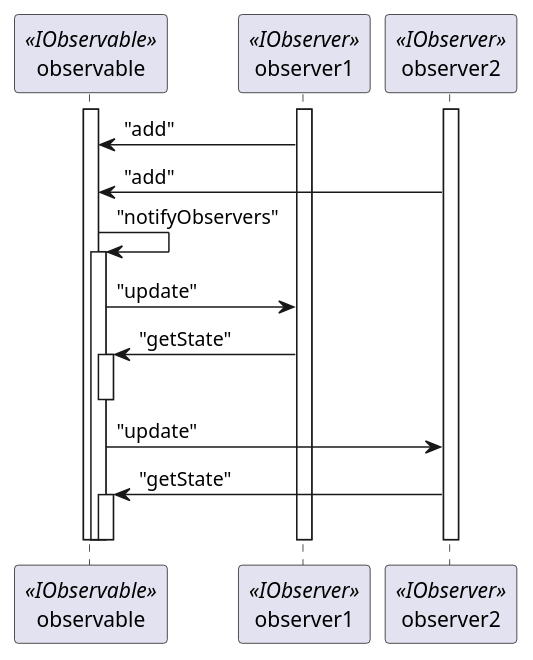
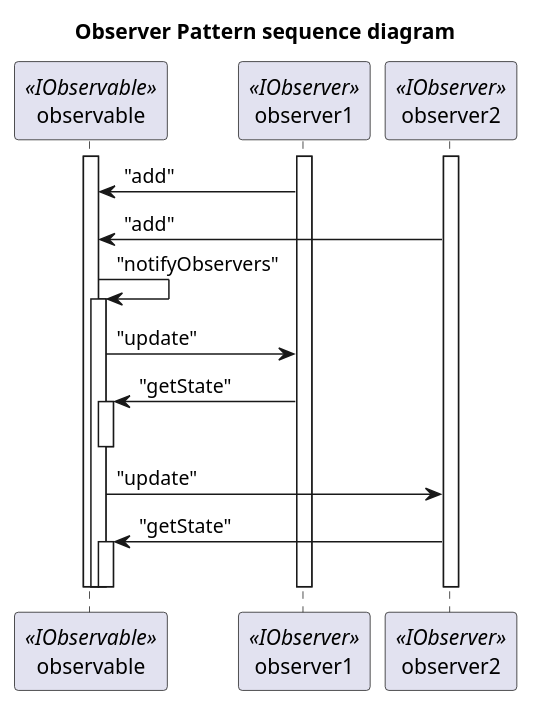
Before and after one commit to nsanitate/design-pattern: the diagram in observer/doc/explaination/sequence.puml, drawn with PlantUML. The commit also changed 3 other files, not shown here.

Commit message:
docs(observer): added titles to diagrams

```diff
--- a/observer/doc/explaination/sequence.puml
+++ b/observer/doc/explaination/sequence.puml
@@ -1,30 +1,31 @@
-@startuml
+@startuml Observer Pattern sequence diagram
+title Observer Pattern sequence diagram
 participant observable <<IObservable>>
 participant observer1 <<IObserver>>
 participant observer2 <<IObserver>>
 
 activate observable
 activate observer1
 activate observer2
 
 observer1 -> observable : "add"
 observer2 -> observable : "add"
 observable -> observable : "notifyObservers"
 activate observable
 
 observable -> observer1 : "update"
 observer1 -> observable : "getState"
 activate observable
 deactivate observable
 
 observable -> observer2 : "update"
 observer2 -> observable : "getState"
 activate observable
 deactivate observable
 
 deactivate observable
 
 deactivate observer1
 deactivate observer2
 deactivate observable
 @enduml
```
